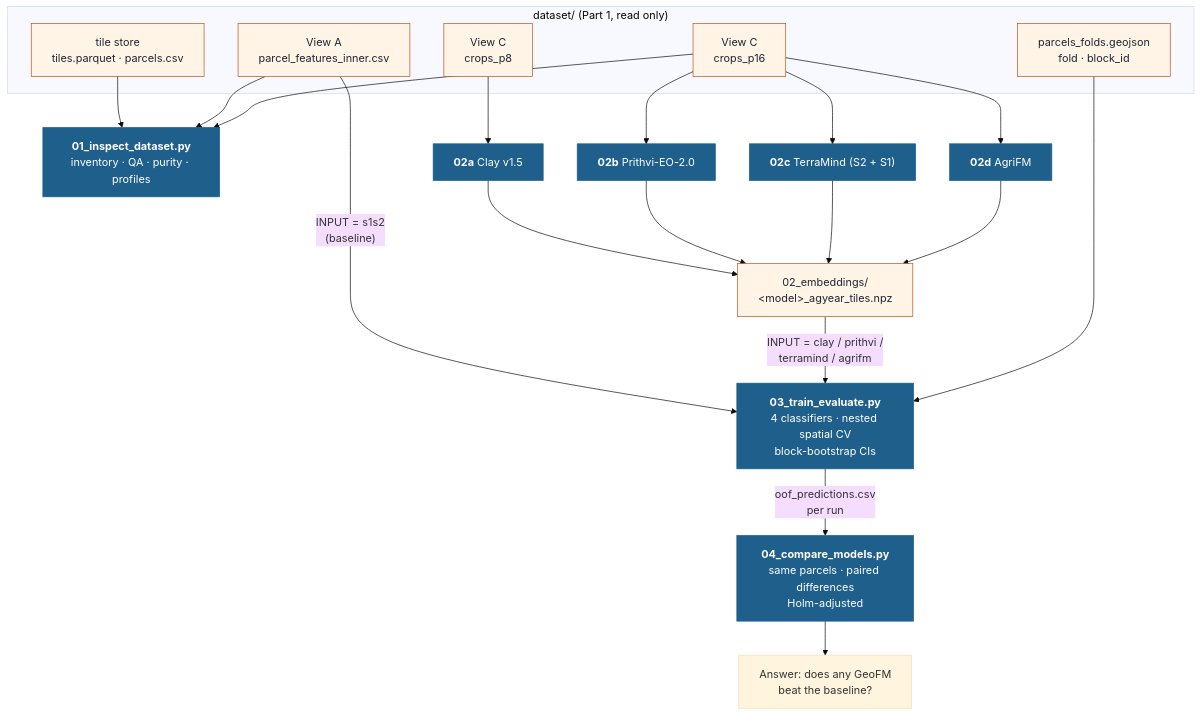
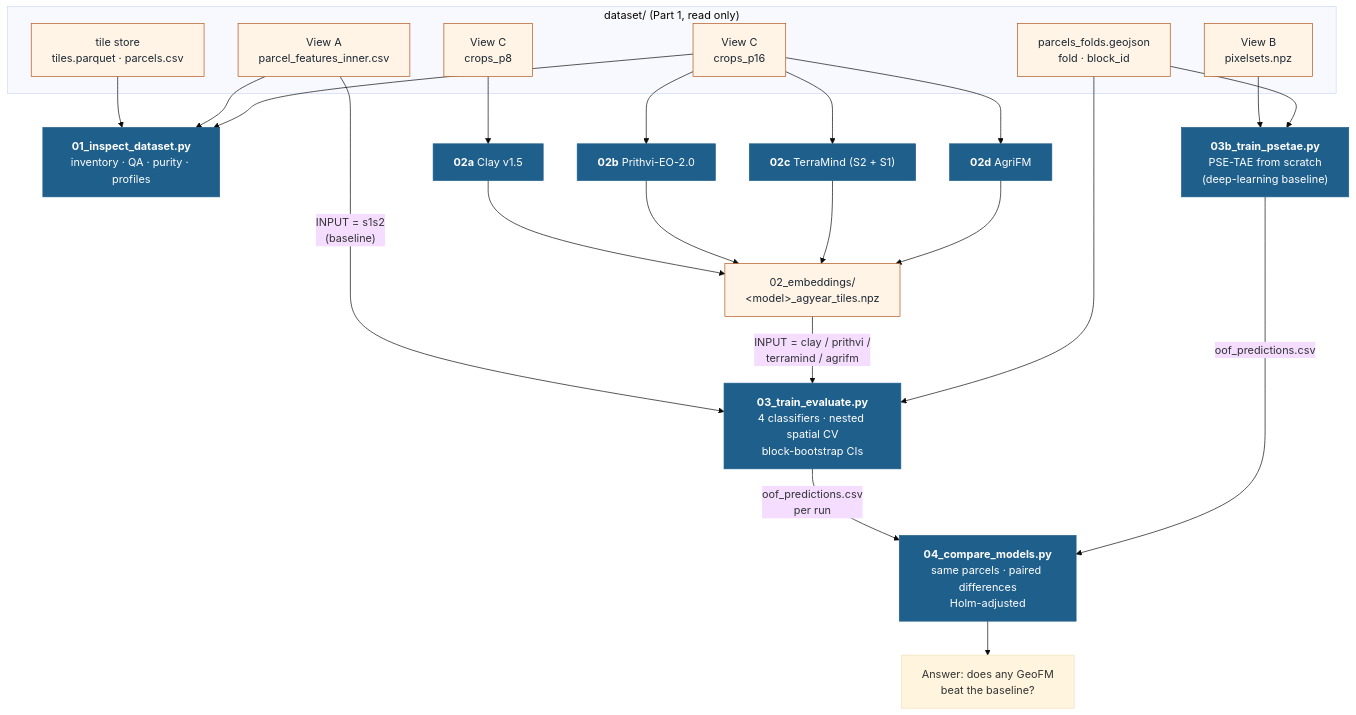
The first of 10 diagrams in models_run/README.md (amanchry/irrimapping-geofm), drawn with Mermaid (base theme) before and after one commit. The commit also changed other lines of this file and 4 other files, not shown here.

````diff
--- a/models_run/README.md
+++ b/models_run/README.md
@@ -25,31 +25,35 @@
 ```mermaid
 flowchart TD
     subgraph DS["dataset/ (Part 1, read only)"]
         F["parcels_folds.geojson<br/>fold · block_id"]
         VA["View A<br/>parcel_features_inner.csv"]
+        VB["View B<br/>pixelsets.npz"]
         VC8["View C<br/>crops_p8"]
         VC16["View C<br/>crops_p16"]
         TS["tile store<br/>tiles.parquet · parcels.csv"]
     end
 
     TS --> S01["<b>01_inspect_dataset.py</b><br/>inventory · QA · purity · profiles"]
     VA --> S01
     VC16 --> S01
 
     VC8 --> E1["<b>02a</b> Clay v1.5"]
     VC16 --> E2["<b>02b</b> Prithvi-EO-2.0"]
     VC16 --> E3["<b>02c</b> TerraMind (S2 + S1)"]
     VC16 --> E4["<b>02d</b> AgriFM"]
     E1 & E2 & E3 & E4 --> EMB["02_embeddings/<br/>&lt;model&gt;_agyear_tiles.npz"]
 
     VA -->|"INPUT = s1s2<br/>(baseline)"| S03["<b>03_train_evaluate.py</b><br/>4 classifiers · nested spatial CV<br/>block-bootstrap CIs"]
     EMB -->|"INPUT = clay / prithvi /<br/>terramind / agrifm"| S03
     F --> S03
-    S03 -->|"oof_predictions.csv<br/>per run"| S04["<b>04_compare_models.py</b><br/>same parcels · paired differences<br/>Holm-adjusted"]
+    VB --> S03b["<b>03b_train_psetae.py</b><br/>PSE-TAE from scratch<br/>(deep-learning baseline)"]
+    F --> S03b
+    S03 -->|"oof_predictions.csv<br/>per run"| S04
+    S03b -->|"oof_predictions.csv"| S04["<b>04_compare_models.py</b><br/>same parcels · paired differences<br/>Holm-adjusted"]
     S04 --> R["Answer: does any GeoFM<br/>beat the baseline?"]
 
     classDef script fill:#1F5F8B,color:#fff,stroke:#1F5F8B
     classDef data fill:#FFF4E6,stroke:#B4541A,color:#1C2733
-    class S01,E1,E2,E3,E4,S03,S04 script
-    class F,VA,VC8,VC16,TS,EMB data
+    class S01,E1,E2,E3,E4,S03,S03b,S04 script
+    class F,VA,VB,VC8,VC16,TS,EMB data
 ```
````
